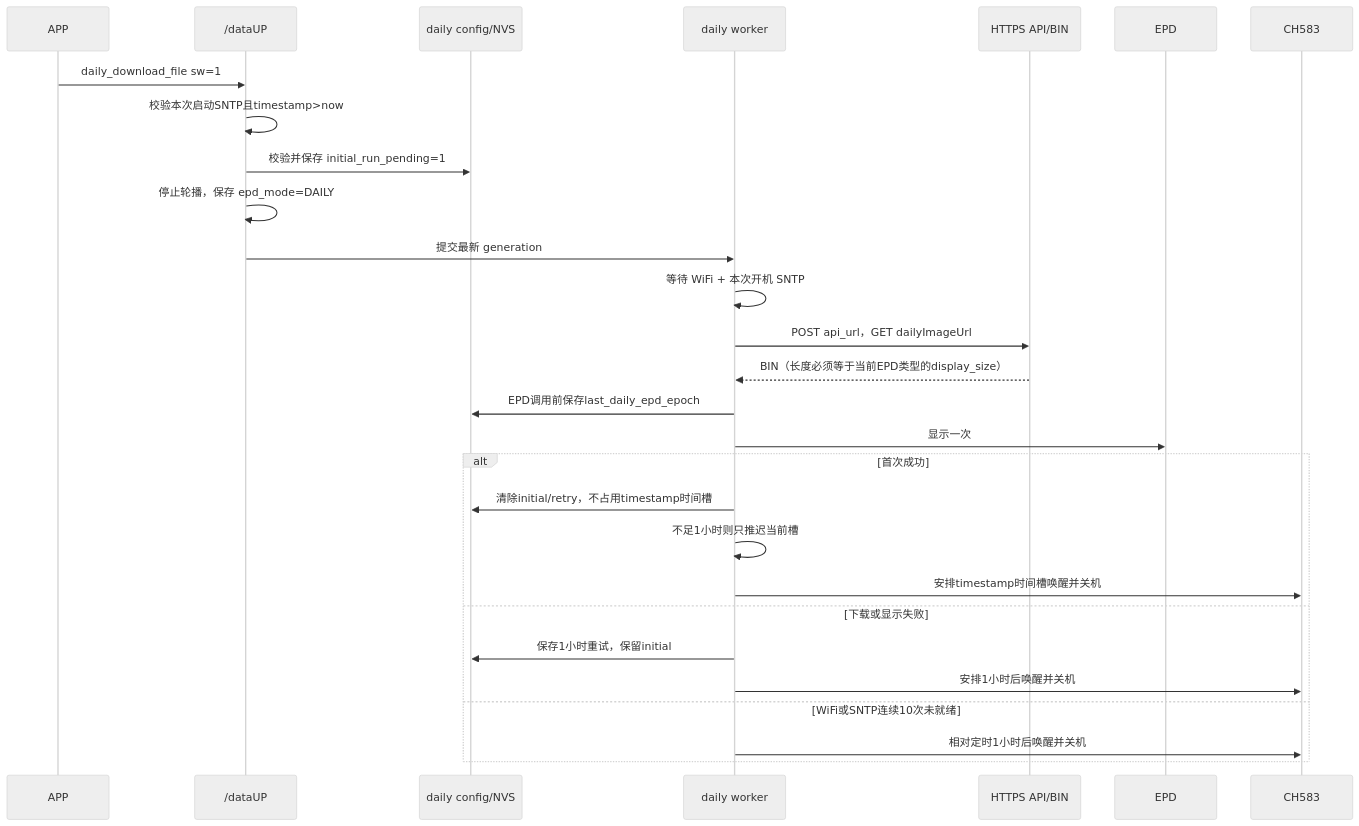
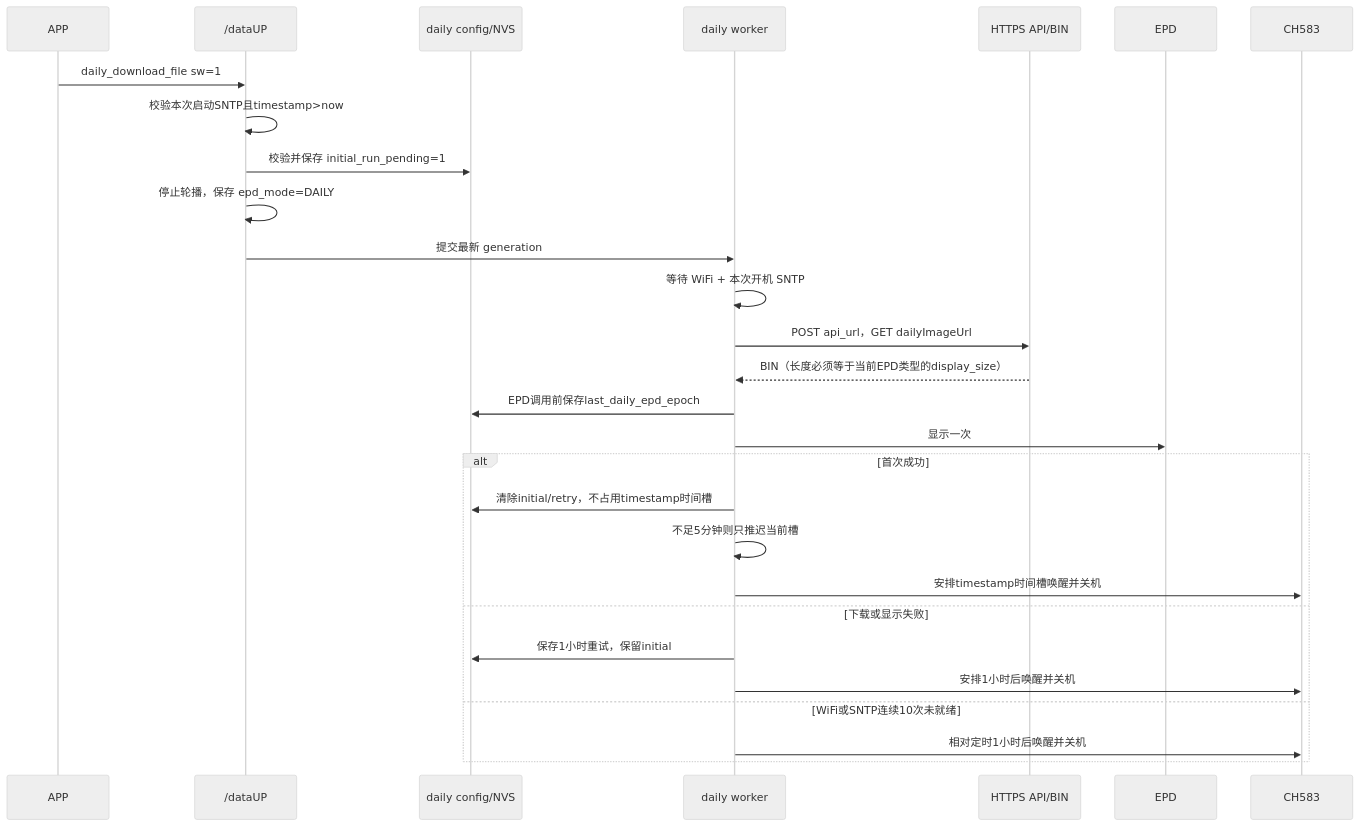
One commit to tdxguiping/ESP32_S3_epaper changed diagram 18 of 24 in README_Fun.md. Above: the diagram before and after it, drawn with Mermaid (neutral theme). The commit also changed other lines of this file and 19 other files, not shown here.

Commit message:
每天一图完成

````diff
--- a/README_Fun.md
+++ b/README_Fun.md
@@ -2079,30 +2079,30 @@
 ```mermaid
 sequenceDiagram
     participant APP
     participant HTTP as /dataUP
     participant CFG as daily config/NVS
     participant WORK as daily worker
     participant API as HTTPS API/BIN
     participant EPD
     participant CH as CH583
     APP->>HTTP: daily_download_file sw=1
     HTTP->>HTTP: 校验本次启动SNTP且timestamp>now
     HTTP->>CFG: 校验并保存 initial_run_pending=1
     HTTP->>HTTP: 停止轮播，保存 epd_mode=DAILY
     HTTP->>WORK: 提交最新 generation
     WORK->>WORK: 等待 WiFi + 本次开机 SNTP
     WORK->>API: POST api_url，GET dailyImageUrl
     API-->>WORK: BIN（长度必须等于当前EPD类型的display_size）
     WORK->>CFG: EPD调用前保存last_daily_epd_epoch
     WORK->>EPD: 显示一次
     alt 首次成功
         WORK->>CFG: 清除initial/retry，不占用timestamp时间槽
-        WORK->>WORK: 不足1小时则只推迟当前槽
+        WORK->>WORK: 不足5分钟则只推迟当前槽
         WORK->>CH: 安排timestamp时间槽唤醒并关机
     else 下载或显示失败
         WORK->>CFG: 保存1小时重试，保留initial
         WORK->>CH: 安排1小时后唤醒并关机
     else WiFi或SNTP连续10次未就绪
         WORK->>CH: 相对定时1小时后唤醒并关机
     end
 ```
````
